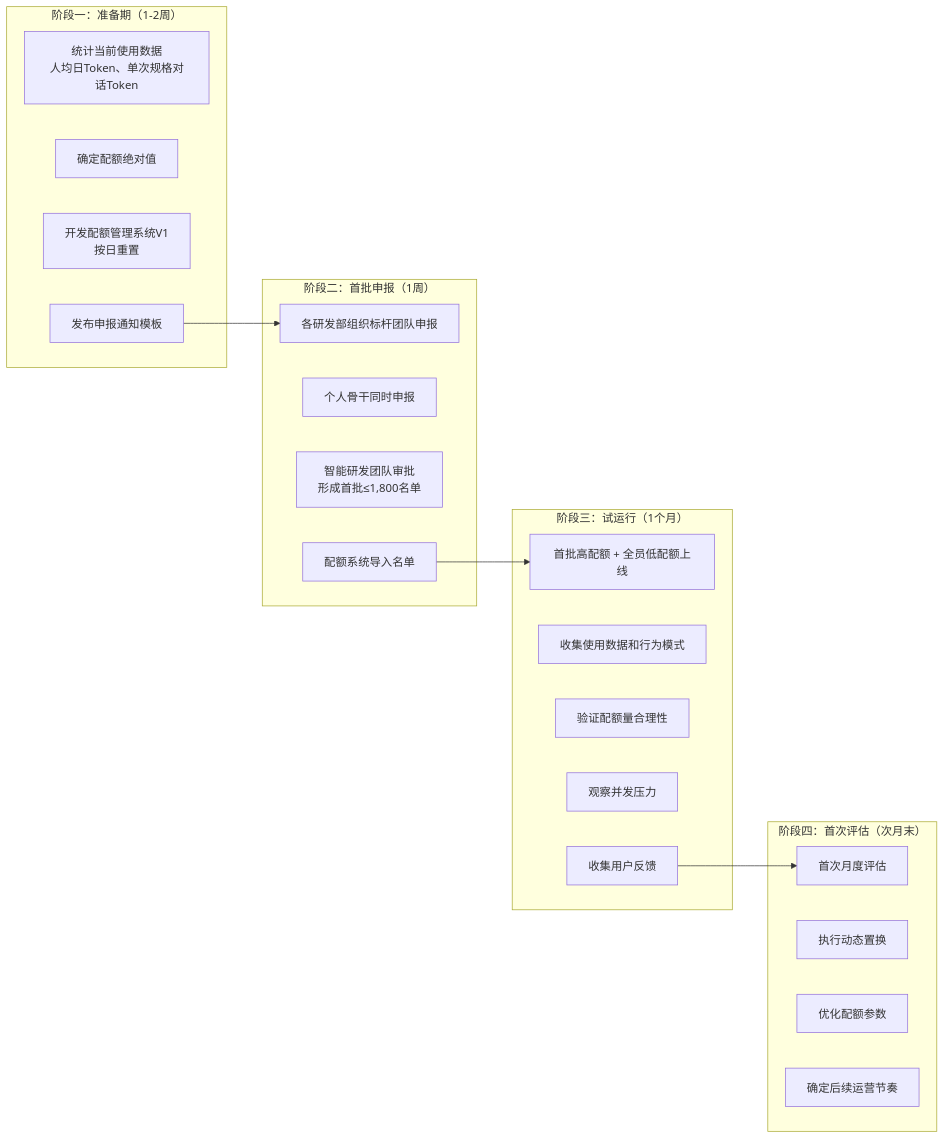
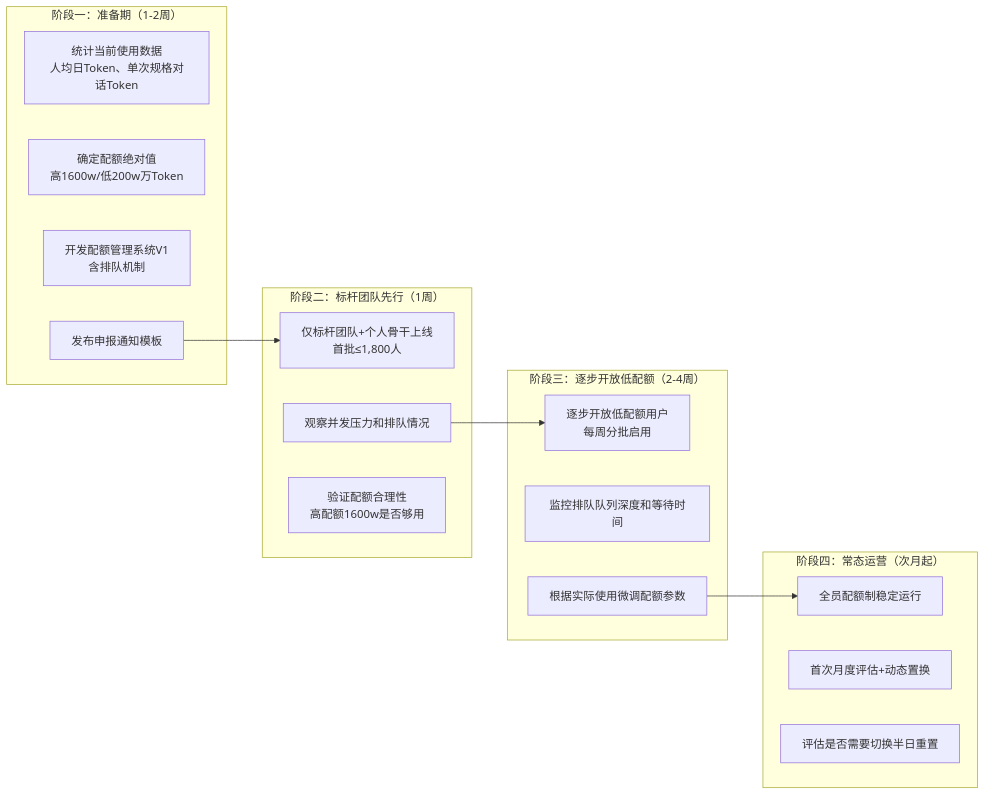
Before and after one commit to keejo125/AI_Daily_For_Bank: diagram 11 of 11 in projects/算力分配方案调研/智能研发规格驱动编程算力分配方案.md, drawn with Mermaid. The commit also changed other lines of this file and 173 other files, not shown here.

````diff
--- a/projects/算力分配方案调研/智能研发规格驱动编程算力分配方案.md
+++ b/projects/算力分配方案调研/智能研发规格驱动编程算力分配方案.md
@@ -404,35 +431,31 @@
 ```mermaid
 graph LR
     subgraph "阶段一：准备期（1-2周）"
         A1["统计当前使用数据<br/>人均日Token、单次规格对话Token"]
-        A2["确定配额绝对值"]
-        A3["开发配额管理系统V1<br/>按日重置"]
+        A2["确定配额绝对值<br/>高1600w/低200w万Token"]
+        A3["开发配额管理系统V1<br/>含排队机制"]
         A4["发布申报通知模板"]
     end
-    
-    subgraph "阶段二：首批申报（1周）"
-        B1["各研发部组织标杆团队申报"]
-        B2["个人骨干同时申报"]
-        B3["智能研发团队审批<br/>形成首批≤1,800名单"]
-        B4["配额系统导入名单"]
+  
+    subgraph "阶段二：标杆团队先行（1周）"
+        B1["仅标杆团队+个人骨干上线<br/>首批≤1,800人"]
+        B2["观察并发压力和排队情况"]
+        B3["验证配额合理性<br/>高配额1600w是否够用"]
     end
-    
-    subgraph "阶段三：试运行（1个月）"
-        C1["首批高配额 + 全员低配额上线"]
-        C2["收集使用数据和行为模式"]
-        C3["验证配额量合理性"]
-        C4["观察并发压力"]
-        C5["收集用户反馈"]
+  
+    subgraph "阶段三：逐步开放低配额（2-4周）"
+        C1["逐步开放低配额用户<br/>每周分批启用"]
+        C2["监控排队队列深度和等待时间"]
+        C3["根据实际使用微调配额参数"]
     end
-    
-    subgraph "阶段四：首次评估（次月末）"
-        D1["首次月度评估"]
-        D2["执行动态置换"]
-        D3["优化配额参数"]
-        D4["确定后续运营节奏"]
+  
+    subgraph "阶段四：常态运营（次月起）"
+        D1["全员配额制稳定运行"]
+        D2["首次月度评估+动态置换"]
+        D3["评估是否需要切换半日重置"]
     end
-    
+  
     A4 --> B1
-    B4 --> C1
-    C5 --> D1
+    B2 --> C1
+    C3 --> D1
 ```
````
